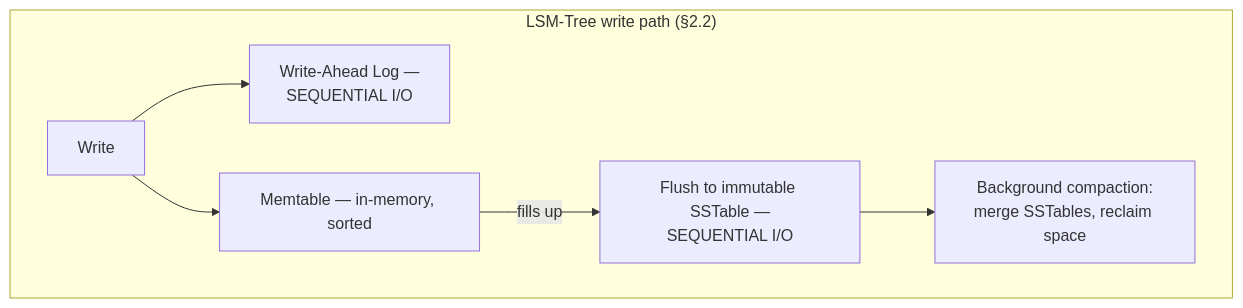
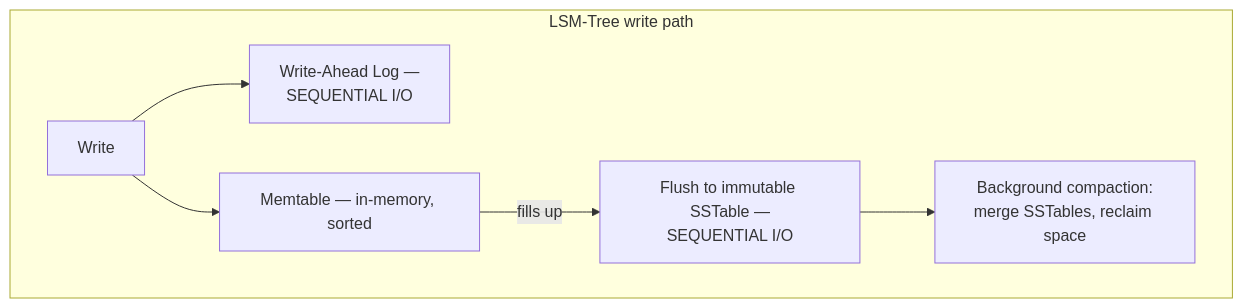
One commit to umashankarp/InterviewQuestions changed the second of 4 diagrams in 16-Distributed-Systems/05-LSM-Trees-BTrees-BloomFilters-StorageEngines.md. Above: the diagram before and after it, drawn with Mermaid. The commit also changed other lines of this file and 173 other files, not shown here.

````diff
--- a/16-Distributed-Systems/05-LSM-Trees-BTrees-BloomFilters-StorageEngines.md
+++ b/16-Distributed-Systems/05-LSM-Trees-BTrees-BloomFilters-StorageEngines.md
@@ -76,9 +76,9 @@
 ```mermaid
 graph TB
-    subgraph "LSM-Tree write path (§2.2)"
-        W2[Write] --> WAL[Write-Ahead Log —<br/>SEQUENTIAL I/O]
-        W2 --> MT[Memtable — in-memory, sorted]
-        MT -->|fills up| Flush[Flush to immutable SSTable —<br/>SEQUENTIAL I/O]
-        Flush --> Compact[Background compaction:<br/>merge SSTables, reclaim space]
-    end
+ subgraph "LSM-Tree write path"
+ W2[Write] --> WAL[Write-Ahead Log —<br/>SEQUENTIAL I/O]
+ W2 --> MT[Memtable — in-memory, sorted]
+ MT -->|fills up| Flush[Flush to immutable SSTable —<br/>SEQUENTIAL I/O]
+ Flush --> Compact[Background compaction:<br/>merge SSTables, reclaim space]
+ end
 ```
````
